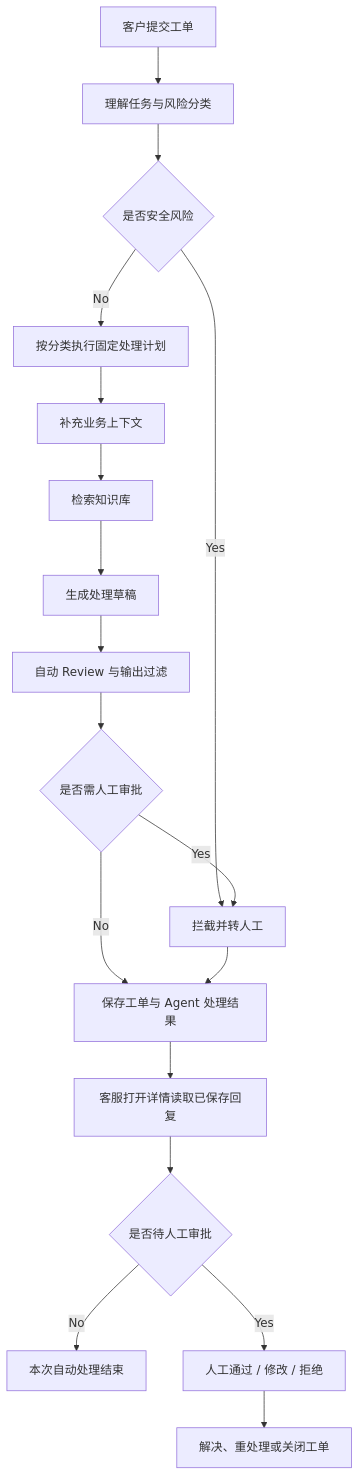
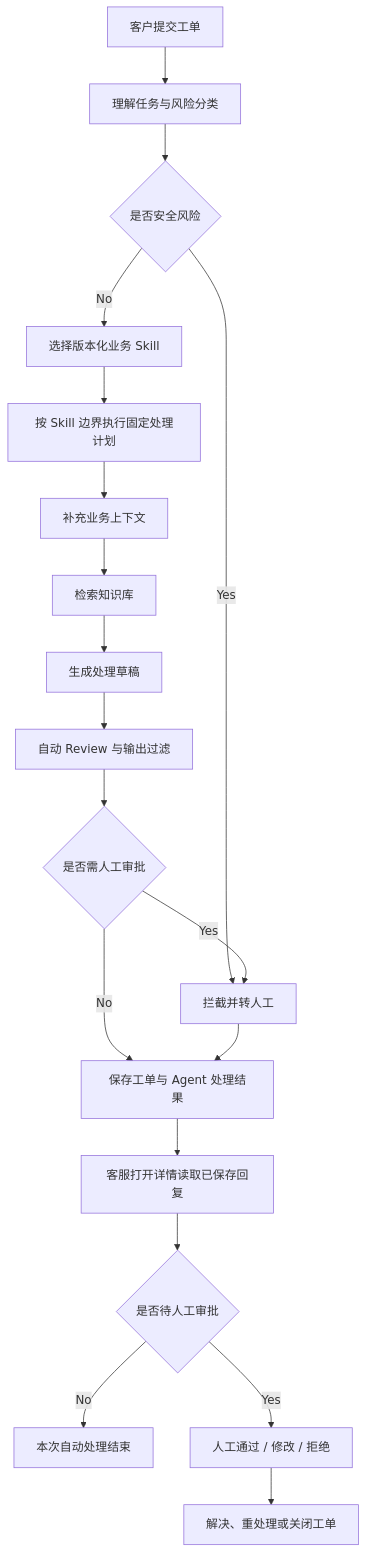
Before and after one commit to sulik0/support-gpt-enterprise-resume: the diagram in docs/02_BUSINESS_LOGIC.md, drawn with Mermaid. The commit also changed other lines of this file and 26 other files, not shown here.

````diff
--- a/docs/02_BUSINESS_LOGIC.md
+++ b/docs/02_BUSINESS_LOGIC.md
@@ -20,20 +20,21 @@
 ```mermaid
 flowchart TD
     Start[客户提交工单] --> Understand[理解任务与风险分类]
     Understand --> Security{是否安全风险}
     Security -->|Yes| Escalate[拦截并转人工]
-    Security -->|No| Plan[按分类执行固定处理计划]
+    Security -->|No| Skill[选择版本化业务 Skill]
+    Skill --> Plan[按 Skill 边界执行固定处理计划]
     Plan --> Context[补充业务上下文]
     Context --> Retrieve[检索知识库]
     Retrieve --> Draft[生成处理草稿]
     Draft --> Review[自动 Review 与输出过滤]
     Review --> Risk{是否需人工审批}
     Risk -->|No| Persist[保存工单与 Agent 处理结果]
     Risk -->|Yes| Escalate
     Escalate --> Persist
     Persist --> View[客服打开详情读取已保存回复]
     View --> ReviewNeeded{是否待人工审批}
     ReviewNeeded -->|No| End[本次自动处理结束]
     ReviewNeeded -->|Yes| Human[人工通过 / 修改 / 拒绝]
     Human --> Resolve[解决、重处理或关闭工单]
 ```
````
